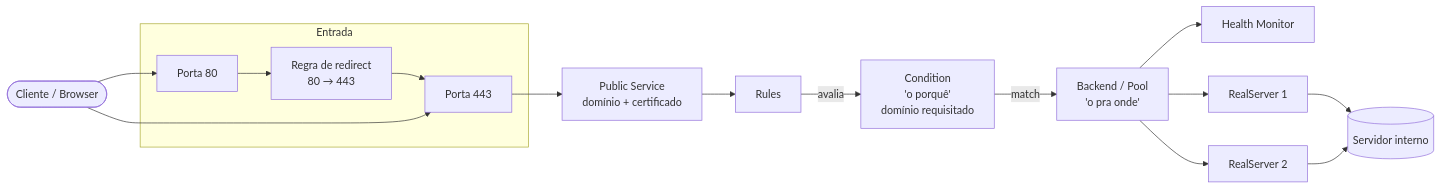
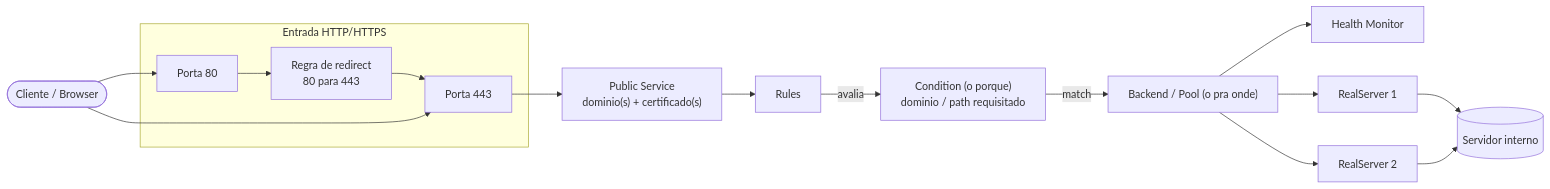
Before and after one commit to burn20sp/Docs-Voxfree: the diagram in firewall-haproxy.md, drawn with Mermaid. The commit also changed other lines of this file and 2 other files, not shown here.

````diff
--- a/firewall-haproxy.md
+++ b/firewall-haproxy.md
@@ -66,27 +64,27 @@
 ```mermaid
 flowchart LR
-    Client([Cliente / Browser])
+    Client(["Cliente / Browser"])
 
-    subgraph Entrada
-        HTTP[Porta 80]
-        HTTPS[Porta 443]
-        Redirect[Regra de redirect\n80 → 443]
+    subgraph Entrada ["Entrada HTTP/HTTPS"]
+        HTTP["Porta 80"]
+        Redirect["Regra de redirect<br/>80 para 443"]
+        HTTPS["Porta 443"]
         HTTP --> Redirect --> HTTPS
     end
 
     Client --> HTTP
     Client --> HTTPS
 
-    HTTPS --> PS[Public Service\ndomínio + certificado]
-    PS --> Rules[Rules]
+    HTTPS --> PS["Public Service<br/>dominio(s) + certificado(s)"]
+    PS --> Rules["Rules"]
 
-    Rules -->|avalia| Condition[Condition\n'o porquê'\ndomínio requisitado]
-    Condition -->|match| Backend[Backend / Pool\n'o pra onde']
+    Rules -->|avalia| Condition["Condition (o porque)<br/>dominio / path requisitado"]
+    Condition -->|match| Backend["Backend / Pool (o pra onde)"]
 
-    Backend --> HM[Health Monitor]
-    Backend --> RS1[RealServer 1]
-    Backend --> RS2[RealServer 2]
+    Backend --> HM["Health Monitor"]
+    Backend --> RS1["RealServer 1"]
+    Backend --> RS2["RealServer 2"]
 
-    RS1 --> Internal[(Servidor interno)]
+    RS1 --> Internal[("Servidor interno")]
     RS2 --> Internal
 ```
````
